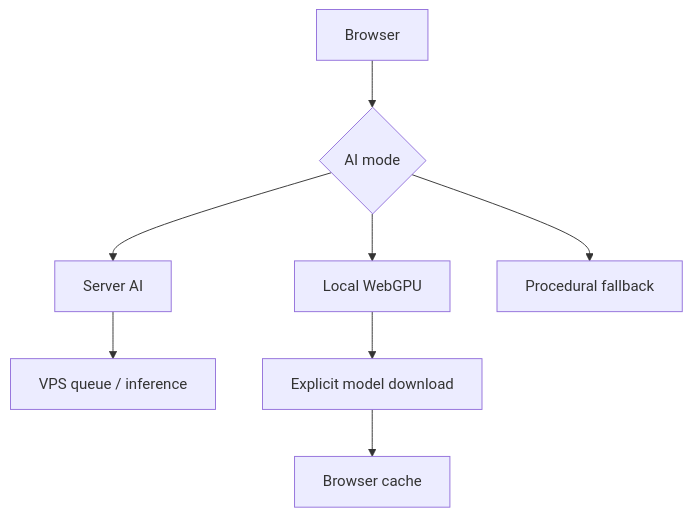
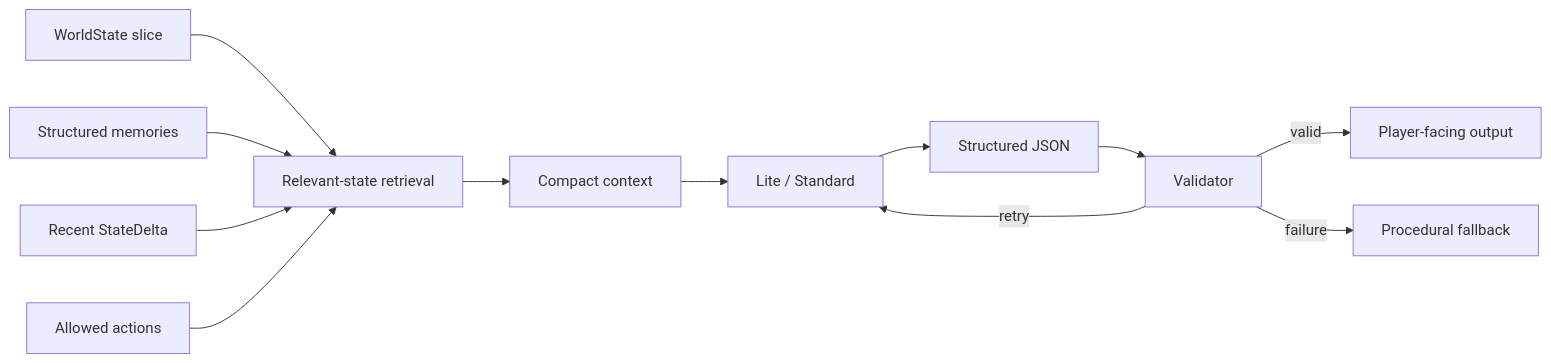
Before and after one commit to Simus100/chronosaga_the_game: the eighth of 11 diagrams in README.md, drawn with Mermaid. The commit also changed other lines of this file, not shown here.

Commit message:
docs: make README Windows-first and document P0 roadmap

````diff
--- a/README.md
+++ b/README.md
@@ -448,13 +328,14 @@
 ```mermaid
-flowchart TD
-    B[Browser] --> MODE{AI mode}
-
-    MODE --> SERVER[Server AI]
-    SERVER --> VPS[VPS queue / inference]
-
-    MODE --> LOCAL[Local WebGPU]
-    LOCAL --> DL[Explicit model download]
-    DL --> CACHE[Browser cache]
-
-    MODE --> PROC[Procedural fallback]
+flowchart LR
+    WS[WorldState slice] --> R[Relevant-state retrieval]
+    MEM[Structured memories] --> R
+    DELTA[Recent StateDelta] --> R
+    RULES[Allowed actions] --> R
+    R --> CTX[Compact context]
+    CTX --> LLM[Lite / Standard]
+    LLM --> JSON[Structured JSON]
+    JSON --> V[Validator]
+    V -->|valid| O[Player-facing output]
+    V -->|retry| LLM
+    V -->|failure| P[Procedural fallback]
 ```
````
